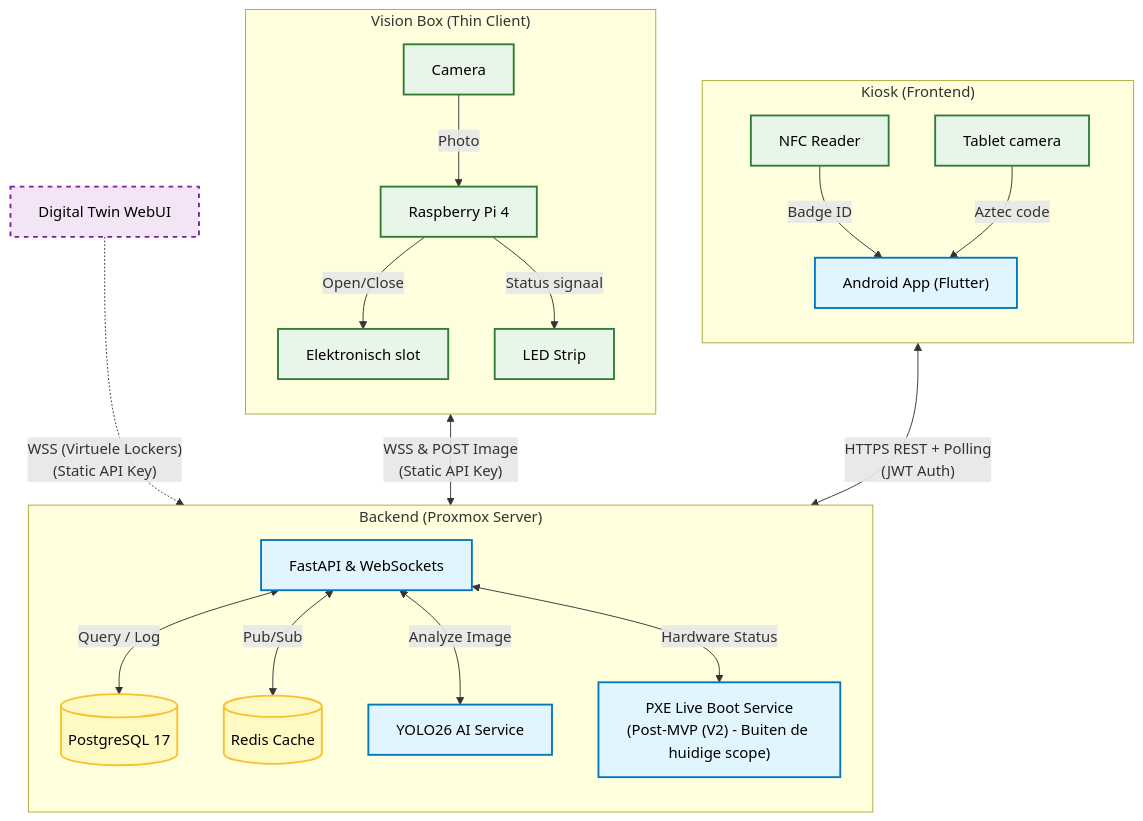
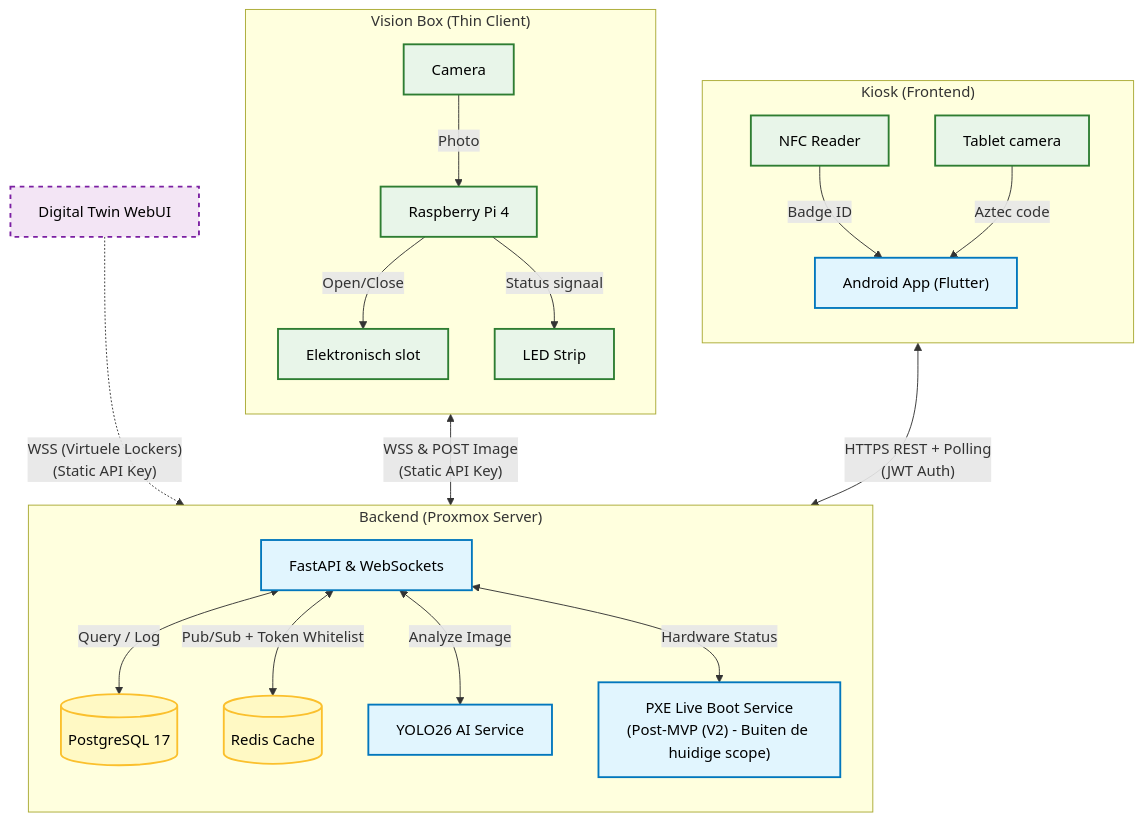
Before and after one commit to easylend-practice-enterprise/easylend: the second of 3 diagrams in docs/architecture.md, drawn with Mermaid. The commit also changed other lines of this file and 4 other files, not shown here.

Commit message:
docs: update architecture diagrams and workflows for Redis refresh token logic

````diff
--- a/docs/architecture.md
+++ b/docs/architecture.md
@@ -54,61 +54,61 @@
 ```mermaid
 flowchart TD
     %% STIJLEN (Corporate & Clean)
     classDef soft fill:#E1F5FE,stroke:#0277BD,stroke-width:2px,color:#000;
     classDef hard fill:#E8F5E9,stroke:#2E7D32,stroke-width:2px,color:#000;
     classDef data fill:#FFF9C4,stroke:#FBC02d,stroke-width:2px,color:#000;
     classDef sim  fill:#F3E5F5,stroke:#7B1FA2,stroke-width:2px,stroke-dasharray: 5 5,color:#000;
 
     %% DOMEIN 1: KIOSK (LINKS)
     subgraph Kiosk ["Kiosk (Frontend)"]
         direction TB
         NFC[NFC Reader]:::hard
         CamTab["Tablet camera"]:::hard
         App["Android App (Flutter)"]:::soft
         
         NFC -->|Badge ID| App
         CamTab -->|Aztec code| App
     end
 
     %% DOMEIN 2: BACKEND (MIDDEN)
     subgraph Backend ["Backend (Proxmox Server)"]
         direction TB
         API["FastAPI & WebSockets"]:::soft
         AIService["YOLO26 AI Service"]:::soft
         PXE["PXE Live Boot Service<br/>(Post-MVP (V2) - Buiten de huidige scope)"]:::soft
         DB[(PostgreSQL 17)]:::data
         Redis[(Redis Cache)]:::data
         
         API <-->|"Query / Log"| DB
-        API <-->|"Pub/Sub"| Redis
+        API <-->|"Pub/Sub + Token Whitelist"| Redis
         API <-->|"Analyze Image"| AIService
         API <-->|"Hardware Status"| PXE
     end
 
     %% DOMEIN 3: VISION BOX (RECHTS)
     subgraph Box ["Vision Box (Thin Client)"]
         direction TB
         RPi["Raspberry Pi 4"]:::hard
         CamBox[Camera]:::hard
         Lock["Elektronisch slot"]:::hard
         LED["LED Strip"]:::hard
         
         CamBox -->|Photo| RPi
         RPi -->|"Open/Close"| Lock
         RPi -->|"Status signaal"| LED
     end
 
     %% SIMULATIE (ONDER)
     Sim["Digital Twin WebUI"]:::sim
 
     %% HOOFD VERBINDINGEN
     
     %% Kiosk praat met API
     App <-->|"HTTPS REST + Polling<br/>(JWT Auth)"| API
 
     %% API praat met Box
     RPi <-->|"WSS & POST Image<br/>(Static API Key)"| API
 
     %% Simulatie test de API
     Sim -.->|"WSS (Virtuele Lockers)<br/>(Static API Key)"| API
 ```
````
